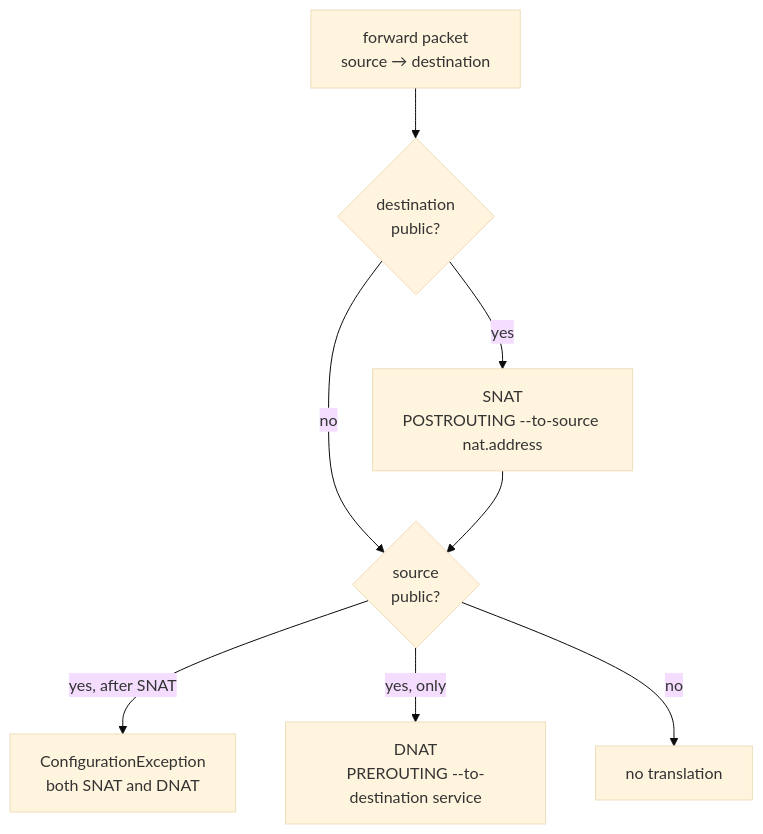
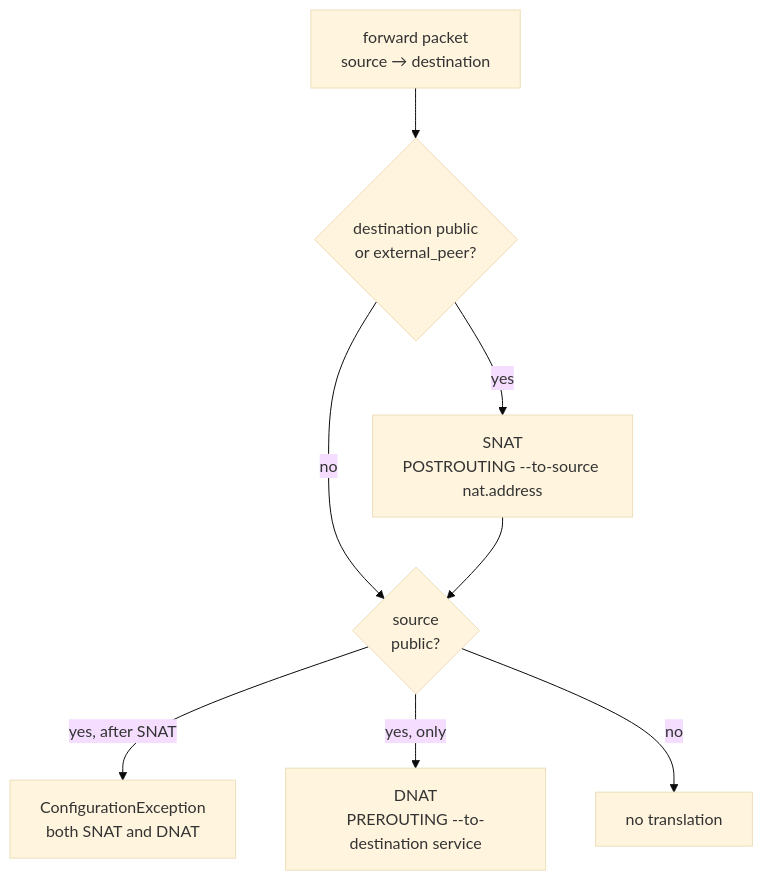
Before and after one commit to evsinev/firewall-config: the second of 2 diagrams in website/src/content/docs/internals/packet-derivation.md, drawn with Mermaid (base theme). The commit also changed other lines of this file and 24 other files, not shown here.

Commit message:
feat!: replace the hard-coded SNAT list with external_peer on a host (#24)

````diff
--- a/website/src/content/docs/internals/packet-derivation.md
+++ b/website/src/content/docs/internals/packet-derivation.md
@@ -98,18 +99,18 @@
 ```mermaid
 graph TD
   start["forward packet<br/>source → destination"]
-  dpub{"destination<br/>public?"}
+  dpub{"destination public<br/>or external_peer?"}
   spub{"source<br/>public?"}
   snat["SNAT<br/>POSTROUTING --to-source nat.address"]
   dnat["DNAT<br/>PREROUTING --to-destination service"]
   plain["no translation"]
   both["ConfigurationException<br/>both SNAT and DNAT"]
 
   start --> dpub
   dpub -->|yes| snat
   dpub -->|no| spub
   snat --> spub
   spub -->|"yes, after SNAT"| both
   spub -->|"yes, only"| dnat
   spub -->|no| plain
 ```
````
